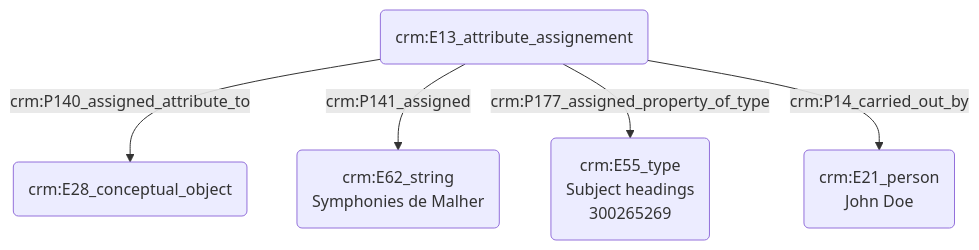
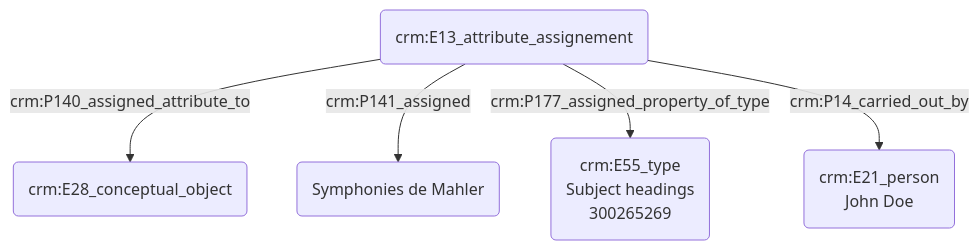
One commit to Amleth/consortium-musica2-gt2-ontologies changed the diagram in modules/livrables/Dossier 2/Indexation conceptuelle/indexation d'une thématique.md. Above: the diagram before and after it, drawn with Mermaid.

Commit message:
Update indexation d'une thématique.md

````diff
--- a/modules/livrables/Dossier 2/Indexation conceptuelle/indexation d'une thématique.md
+++ b/modules/livrables/Dossier 2/Indexation conceptuelle/indexation d'une thématique.md
@@ -16,9 +16,9 @@
 ```mermaid
 graph TD;
 
 D(crm:E13_attribute_assignement) --> |crm:P140_assigned_attribute_to| A(crm:E28_conceptual_object)
-D(crm:E13_attribute_assignement) --> |crm:P141_assigned| B(crm:E62_string<br>Symphonies de Malher)
+D(crm:E13_attribute_assignement) --> |crm:P141_assigned| B(Symphonies de Mahler)
 D(crm:E13_attribute_assignement) --> |crm:P177_assigned_property_of_type| C(crm:E55_type<br>Subject headings<br>300265269)
 D(crm:E13_attribute_assignement) --> |crm:P14_carried_out_by| F(crm:E21_person<br>John Doe)
 
 ```
````
